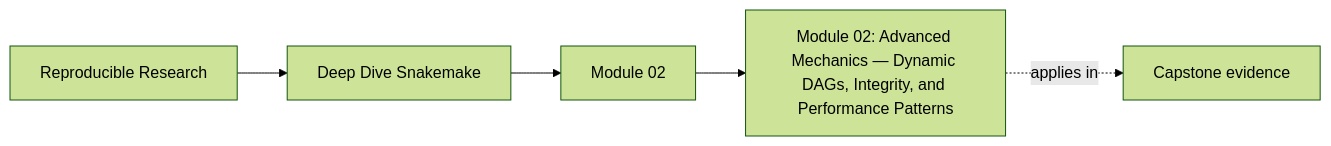
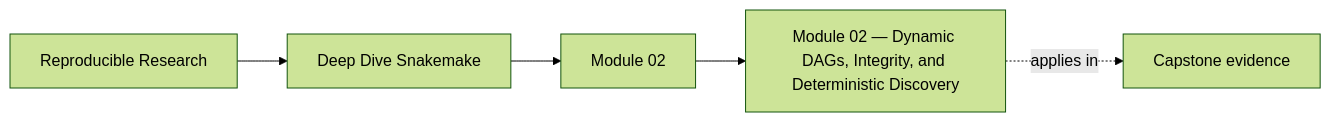
Before and after one commit to bijux/bijux-masterclass: the first of 4 diagrams in programs/reproducible-research/deep-dive-snakemake/course-book/module-02-dynamic-dags-integrity-and-deterministic-discovery/index.md, drawn with Mermaid (forest theme). The commit also changed other lines of this file and 9 other files, not shown here.

````diff
--- a/programs/reproducible-research/deep-dive-snakemake/course-book/module-02-dynamic-dags-integrity-and-deterministic-discovery/index.md
+++ b/programs/reproducible-research/deep-dive-snakemake/course-book/module-02-dynamic-dags-integrity-and-deterministic-discovery/index.md
@@ -7,11 +9,11 @@
 ```mermaid
 graph LR
   family["Reproducible Research"]
   program["Deep Dive Snakemake"]
   section["Module 02"]
-  page["Module 02: Advanced Mechanics — Dynamic DAGs, Integrity, and Performance Patterns"]
+  page["Module 02 — Dynamic DAGs, Integrity, and Deterministic Discovery"]
   capstone["Capstone evidence"]
 
   family --> program --> section --> page
   page -.applies in.-> capstone
 ```
````
